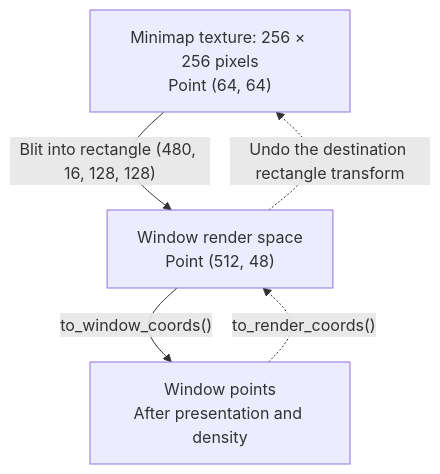
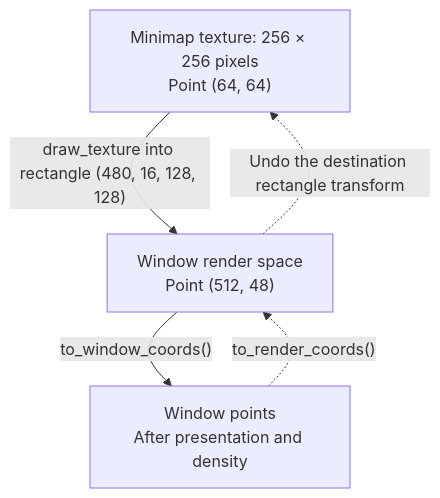
Before and after one commit to devbrain/neutrino: the second of 2 diagrams in website/docs/concepts/window-and-renderer-coordinates.md, drawn with Mermaid. The commit also changed other lines of this file and 32 other files, not shown here.

````diff
--- a/website/docs/concepts/window-and-renderer-coordinates.md
+++ b/website/docs/concepts/window-and-renderer-coordinates.md
@@ -252,10 +252,10 @@
 ```mermaid
 flowchart TB
     T["Minimap texture: 256 × 256 pixels<br/>Point (64, 64)"]
     R["Window render space<br/>Point (512, 48)"]
     W["Window points<br/>After presentation and density"]
-    T -->|"Blit into rectangle (480, 16, 128, 128)"| R
+    T -->|"draw_texture into rectangle (480, 16, 128, 128)"| R
     R -->|"to_window_coords()"| W
     W -.->|"to_render_coords()"| R
     R -.->|"Undo the destination rectangle transform"| T
 ```
````
